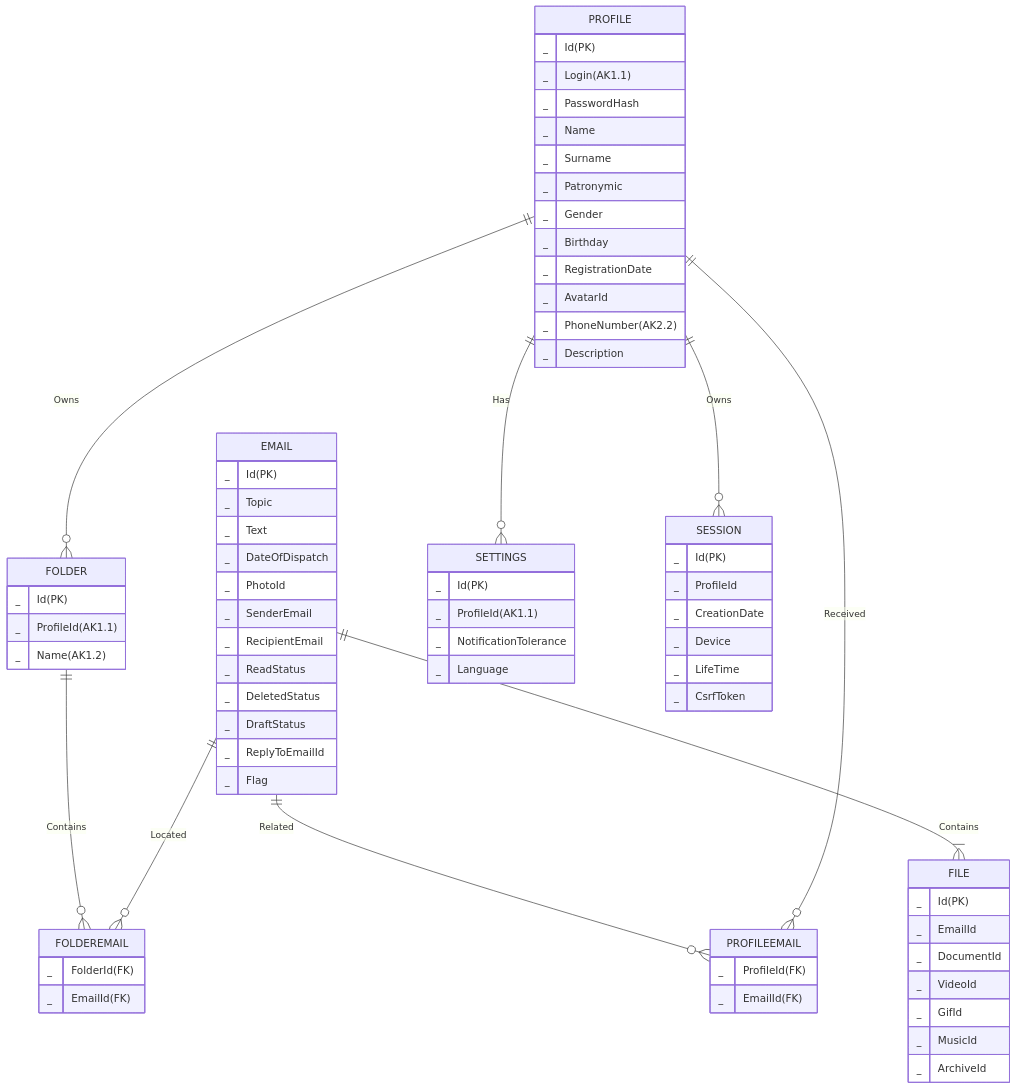
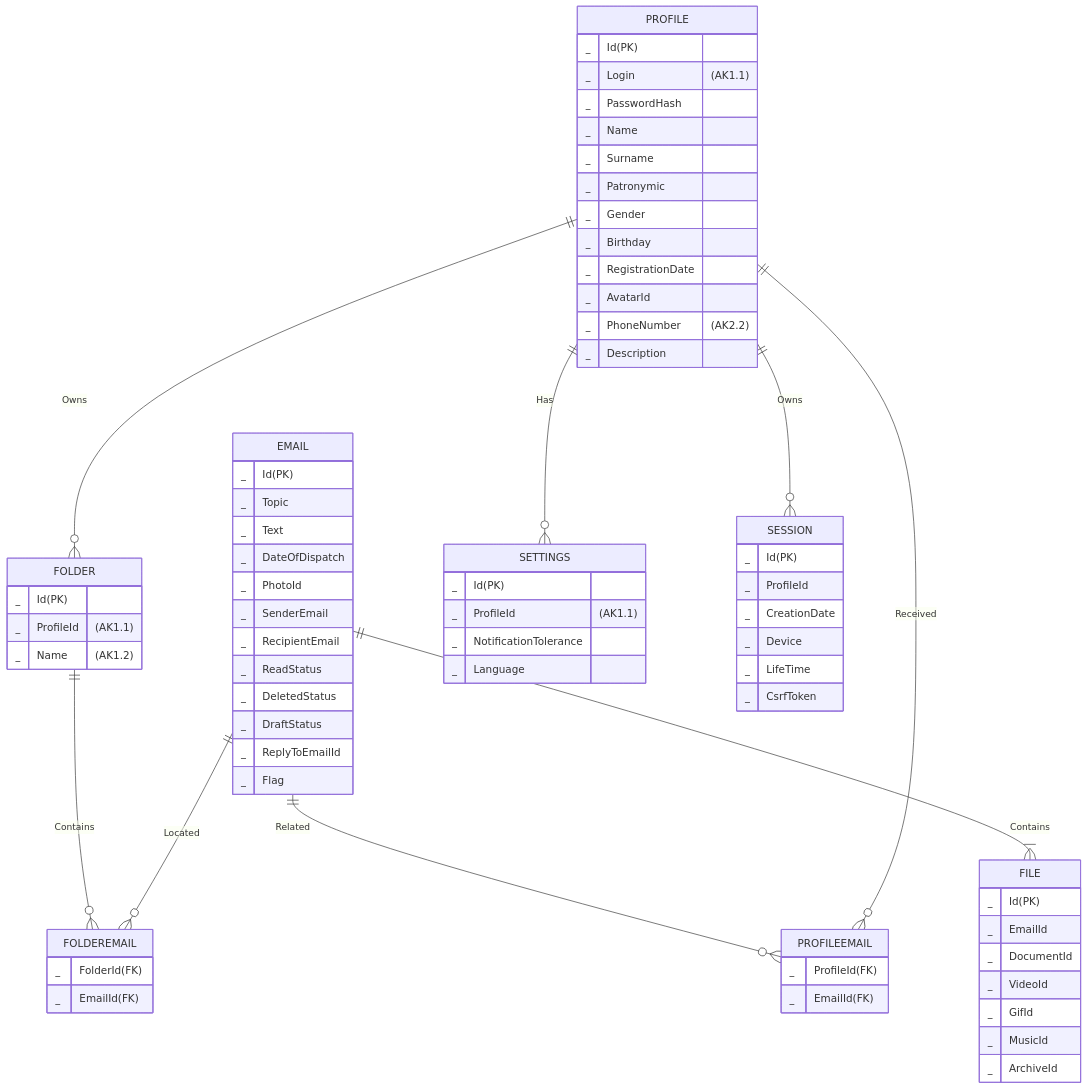
One commit to go-park-mail-ru/2024_1_Refugio changed the second of 2 diagrams in db/normalized/relations.md. Above: the diagram before and after it, drawn with Mermaid.

````diff
--- a/db/normalized/relations.md
+++ b/db/normalized/relations.md
@@ -87,76 +87,76 @@
 ```mermaid
 erDiagram
     PROFILE {
         _ Id(PK)
-        _ Login(AK1.1)
+        _ Login"(AK1.1)"
         _ PasswordHash
         _ Name
         _ Surname
         _ Patronymic
         _ Gender
         _ Birthday
         _ RegistrationDate
         _ AvatarId
-        _ PhoneNumber(AK2.2)
+        _ PhoneNumber"(AK2.2)"
         _ Description
     }
     EMAIL {
         _ Id(PK)
         _ Topic
         _ Text
         _ DateOfDispatch
         _ PhotoId
         _ SenderEmail
         _ RecipientEmail
         _ ReadStatus
         _ DeletedStatus
         _ DraftStatus
         _ ReplyToEmailId
         _ Flag
     }
     FILE {
         _ Id(PK)
         _ EmailId
         _ DocumentId
         _ VideoId
         _ GifId
         _ MusicId
         _ ArchiveId
     }
     PROFILEEMAIL {
         _ ProfileId(FK)
         _ EmailId(FK)
     }
     FOLDER {
         _ Id(PK)
-        _ ProfileId(AK1.1)
-        _ Name(AK1.2)
+        _ ProfileId"(AK1.1)"
+        _ Name"(AK1.2)"
     }
     FOLDEREMAIL {
         _ FolderId(FK)
         _ EmailId(FK)
     }
     SETTINGS {
         _ Id(PK)
-        _ ProfileId(AK1.1)
+        _ ProfileId"(AK1.1)"
         _ NotificationTolerance
         _ Language
     }
     SESSION {
         _ Id(PK)
         _ ProfileId
         _ CreationDate
         _ Device
         _ LifeTime
         _ CsrfToken
     }
 
     PROFILE ||--o{ SESSION : "Owns"
     PROFILE ||--o{ SETTINGS : "Has"
     PROFILE ||--o{ FOLDER : "Owns"
     FOLDER ||--o{ FOLDEREMAIL : "Contains"
     EMAIL ||--o{ FOLDEREMAIL : "Located"
     EMAIL ||--o{ PROFILEEMAIL : "Related"
     PROFILE ||--o{ PROFILEEMAIL : "Received"
     EMAIL ||--|{ FILE : "Contains"
 ```
````
